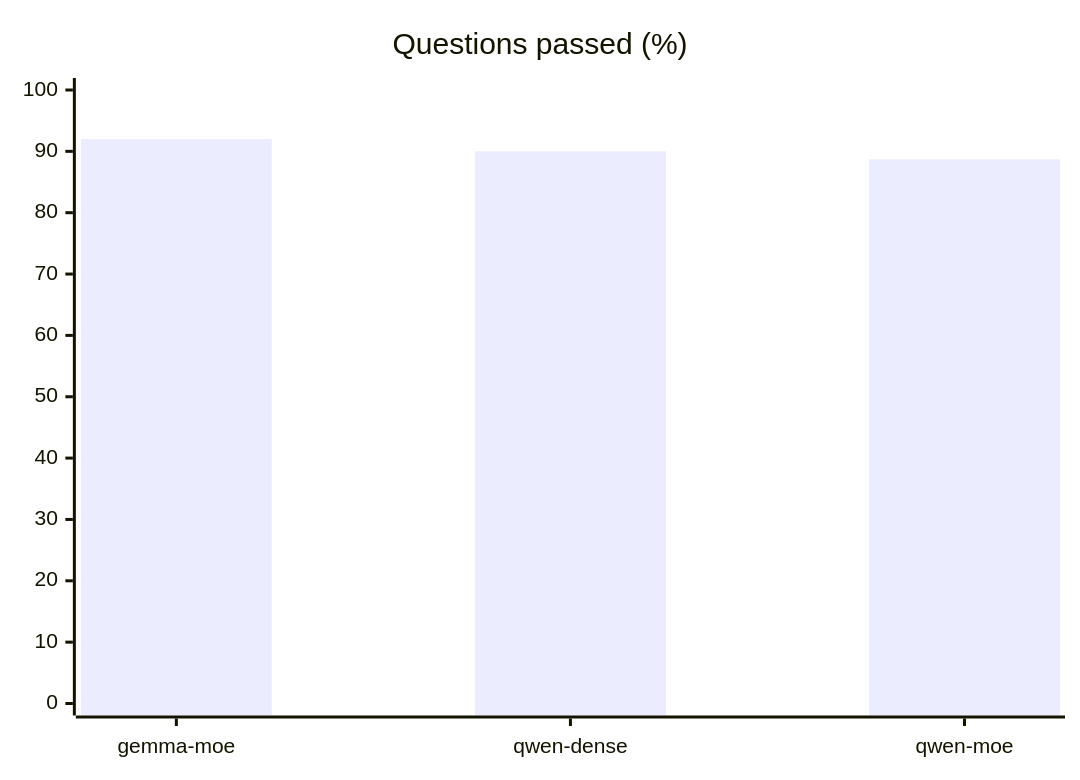
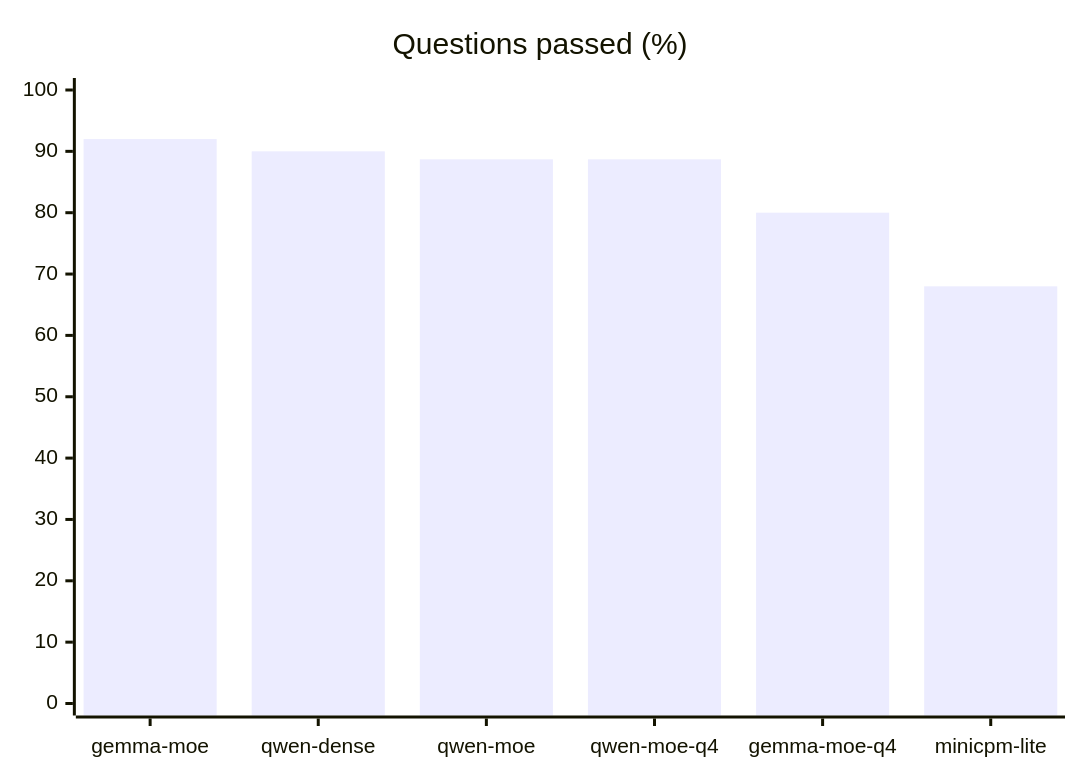
One commit to aarora79/meru changed the first of 3 diagrams in docs/benchmarks/results.md. Above: the diagram before and after it, drawn with Mermaid. The commit also changed other lines of this file and 4 other files, not shown here.

````diff
--- a/docs/benchmarks/results.md
+++ b/docs/benchmarks/results.md
@@ -12,7 +12,7 @@
 ```mermaid
 xychart-beta
     title "Questions passed (%)"
-    x-axis ["gemma-moe", "qwen-dense", "qwen-moe"]
+    x-axis ["gemma-moe", "qwen-dense", "qwen-moe", "qwen-moe-q4", "gemma-moe-q4", "minicpm-lite"]
     y-axis 0 --> 100
-    bar [92.0, 90.0, 88.7]
+    bar [92.0, 90.0, 88.7, 88.7, 80.0, 68.0]
 ```
````
